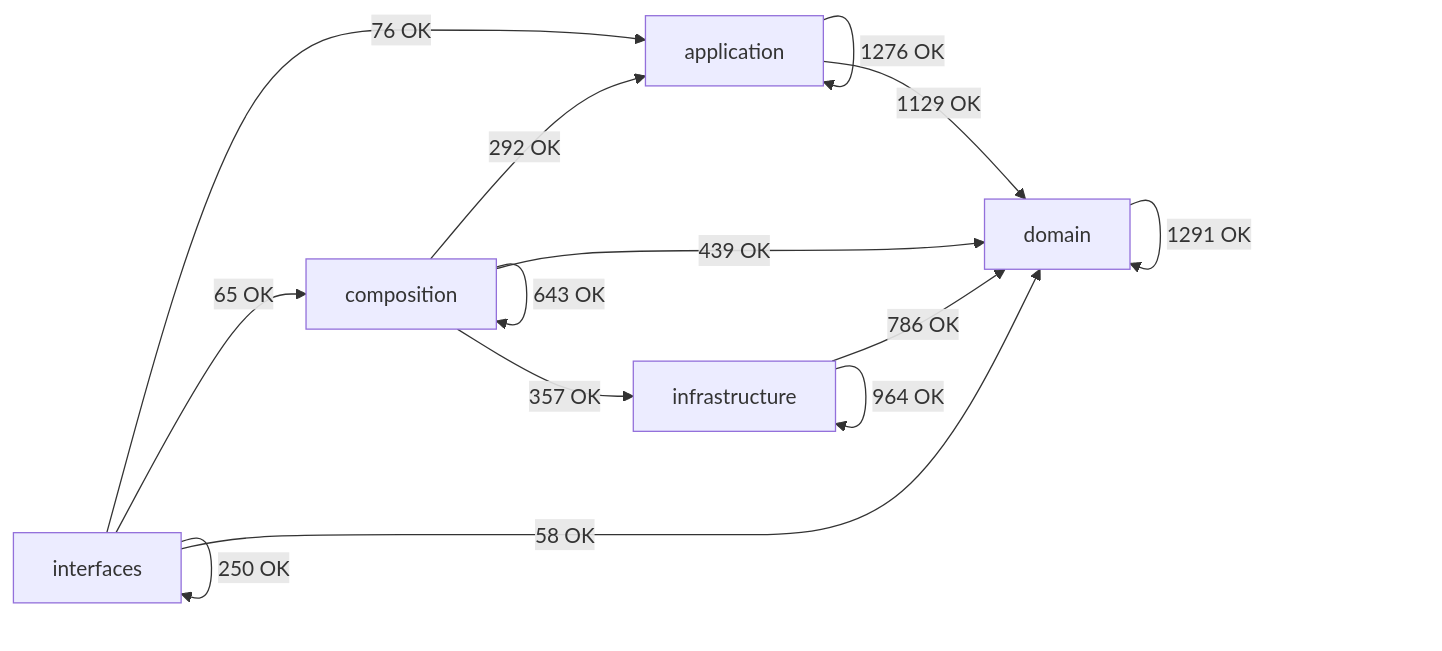
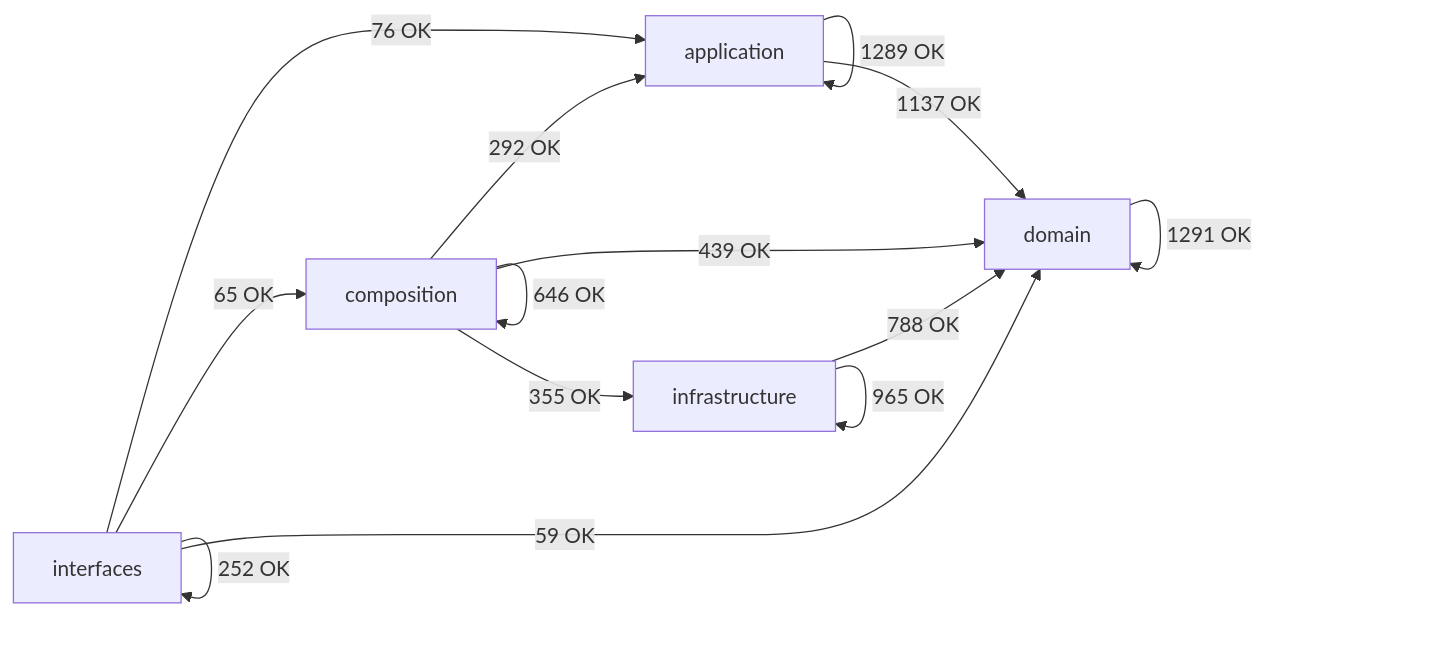
Before and after one commit to SatoryKono/BioactivityDataAcquisition: the diagram in docs/02-architecture/generated/module-dependency-map.md, drawn with Mermaid. The commit also changed other lines of this file and 320 other files, not shown here.

````diff
--- a/docs/02-architecture/generated/module-dependency-map.md
+++ b/docs/02-architecture/generated/module-dependency-map.md
@@ -17,21 +17,21 @@
 ```mermaid
 flowchart LR
     domain[domain]
     application[application]
     infrastructure[infrastructure]
     composition[composition]
     interfaces[interfaces]
-    application -->|1276 OK| application
-    application -->|1129 OK| domain
+    application -->|1289 OK| application
+    application -->|1137 OK| domain
     composition -->|292 OK| application
-    composition -->|643 OK| composition
+    composition -->|646 OK| composition
     composition -->|439 OK| domain
-    composition -->|357 OK| infrastructure
+    composition -->|355 OK| infrastructure
     domain -->|1291 OK| domain
-    infrastructure -->|786 OK| domain
-    infrastructure -->|964 OK| infrastructure
+    infrastructure -->|788 OK| domain
+    infrastructure -->|965 OK| infrastructure
     interfaces -->|76 OK| application
     interfaces -->|65 OK| composition
-    interfaces -->|58 OK| domain
-    interfaces -->|250 OK| interfaces
+    interfaces -->|59 OK| domain
+    interfaces -->|252 OK| interfaces
 ```
````
